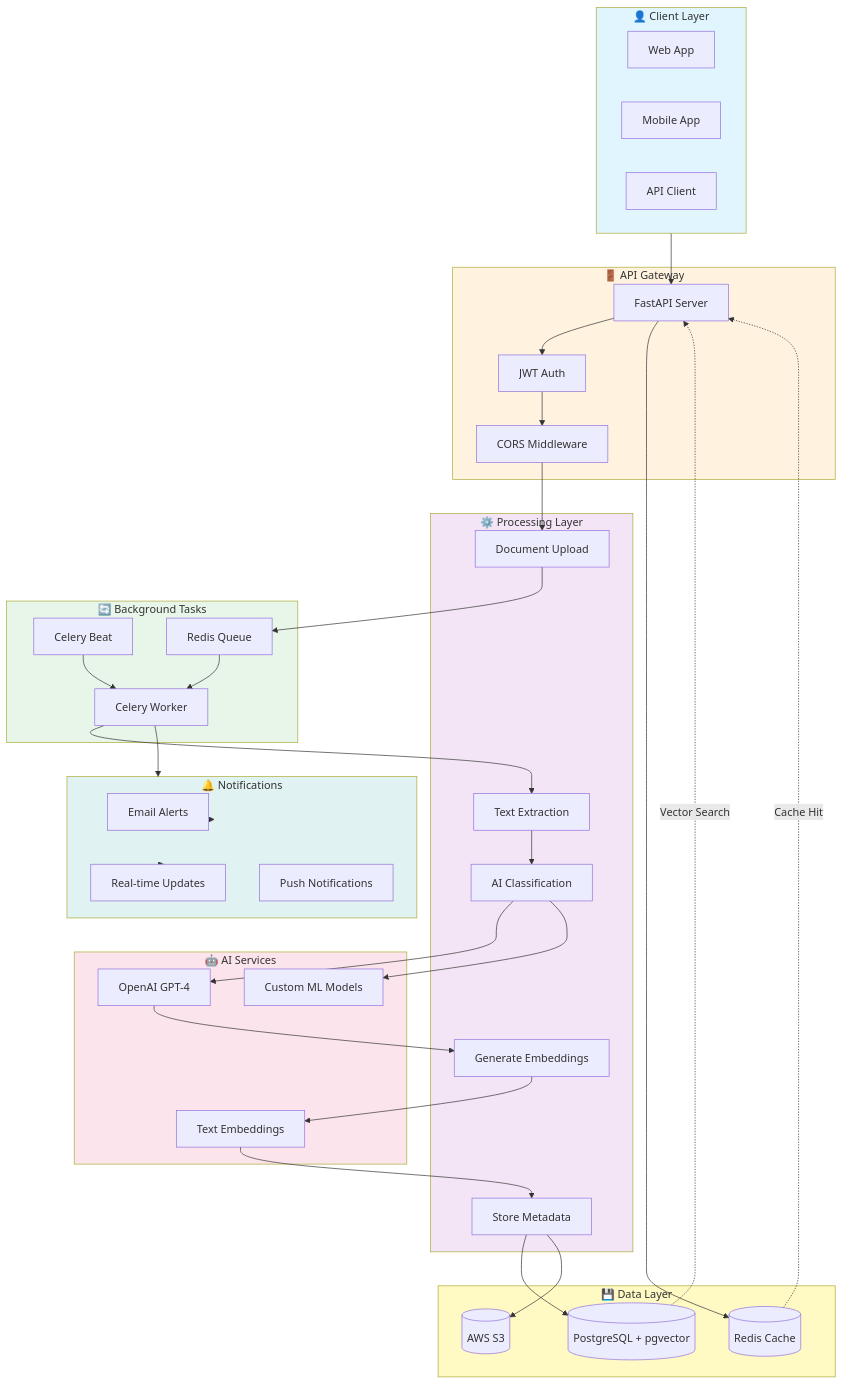
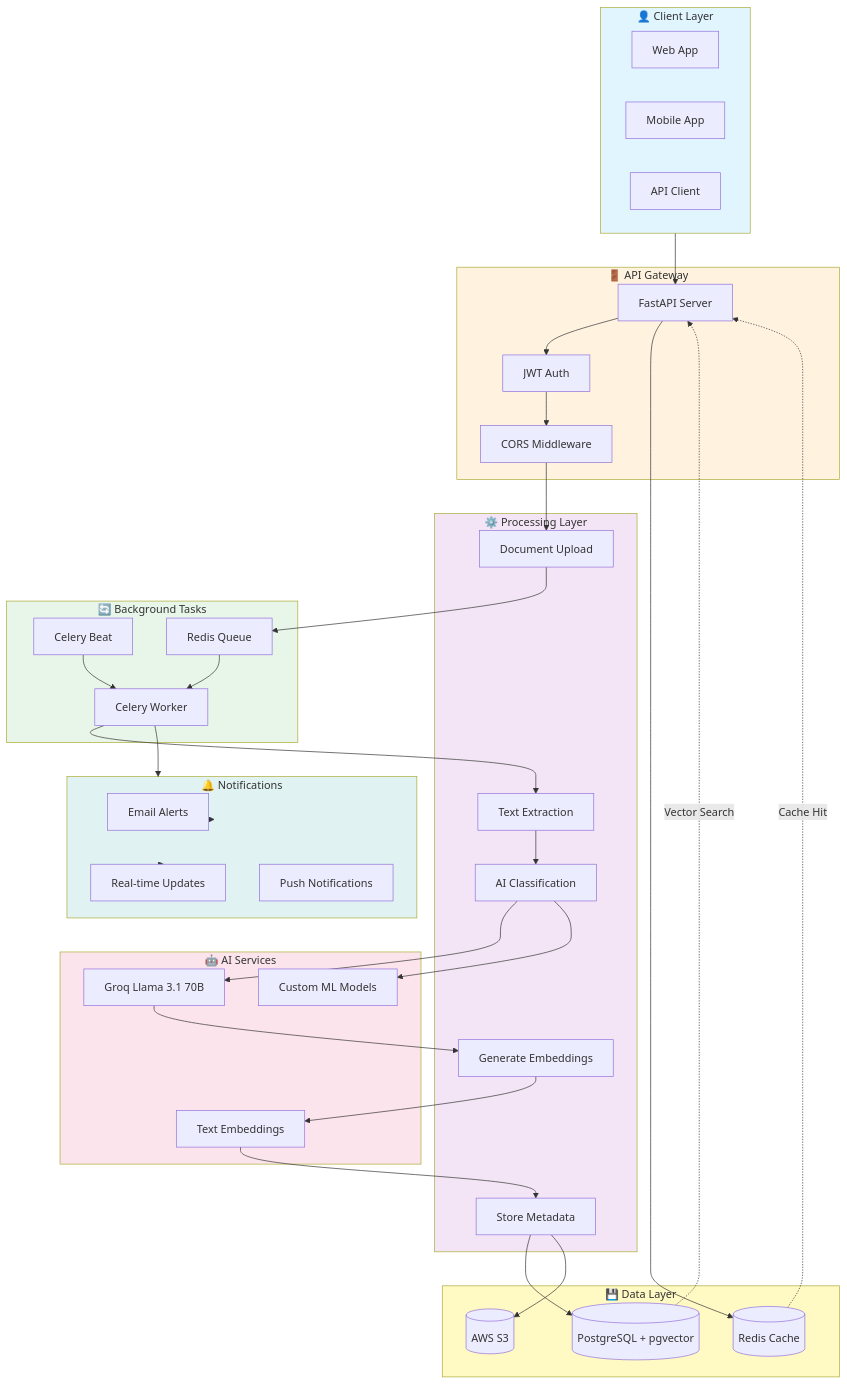
One commit to manziosee/AI-Powered-SME-Knowledge-Base-Auto-Advisor changed the diagram in README.md. Above: the diagram before and after it, drawn with Mermaid. The commit also changed other lines of this file and 9 other files, not shown here.

```diff
--- a/README.md
+++ b/README.md
@@ -211,7 +236,7 @@
     end
 
     subgraph AI["🤖 AI Services"]
-        GPT4[OpenAI GPT-4]
+        Groq[Groq Llama 3.1 70B]
         Embeddings[Text Embeddings]
         Custom[Custom ML Models]
     end
@@ -238,10 +263,10 @@
     
     Celery --> Extract
     Extract --> Classify
-    Classify --> GPT4
+    Classify --> Groq
     Classify --> Custom
     
-    GPT4 --> Embed
+    Groq --> Embed
     Embed --> Embeddings
     Embeddings --> Store
     
```
